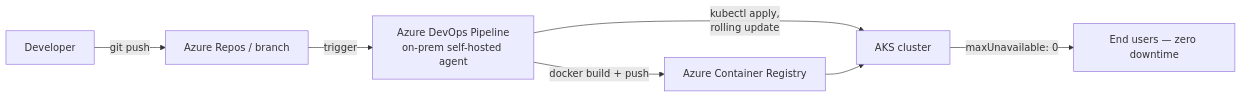
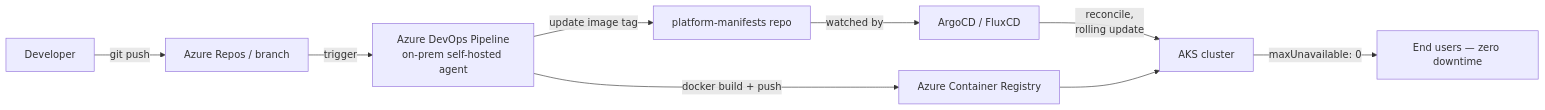
One commit to rashidhussain-devops/devops-portfolio changed the second of 2 diagrams in legacy-to-aks-migration/docs/architecture.md. Above: the diagram before and after it, drawn with Mermaid. The commit also changed other lines of this file and 7 other files, not shown here.

Commit message:
Add ArgoCD/FluxCD GitOps sync layer and per-app aliases

````diff
--- a/legacy-to-aks-migration/docs/architecture.md
+++ b/legacy-to-aks-migration/docs/architecture.md
@@ -23,9 +23,11 @@
 ```mermaid
 flowchart LR
     Dev[Developer] -->|git push| Repo[Azure Repos / branch]
     Repo -->|trigger| Pipeline[Azure DevOps Pipeline<br/>on-prem self-hosted agent]
     Pipeline -->|docker build + push| ACR[Azure Container Registry]
-    Pipeline -->|kubectl apply,<br/>rolling update| AKS[AKS cluster]
+    Pipeline -->|update image tag| Manifests[platform-manifests repo]
+    Manifests -->|watched by| GitOps[ArgoCD / FluxCD]
+    GitOps -->|reconcile,<br/>rolling update| AKS[AKS cluster]
     ACR --> AKS
     AKS -->|maxUnavailable: 0| Users[End users — zero downtime]
 ```
````
